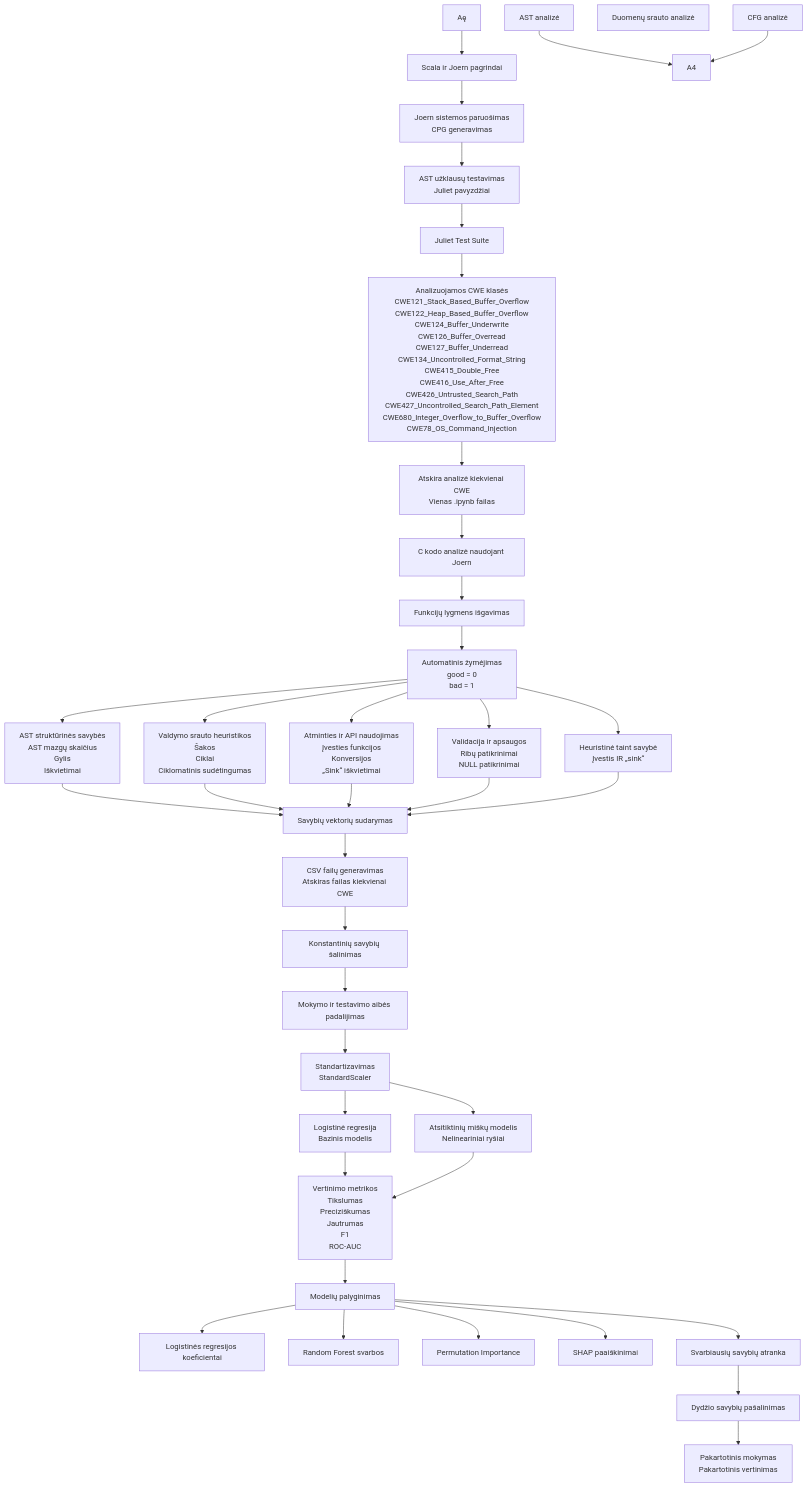
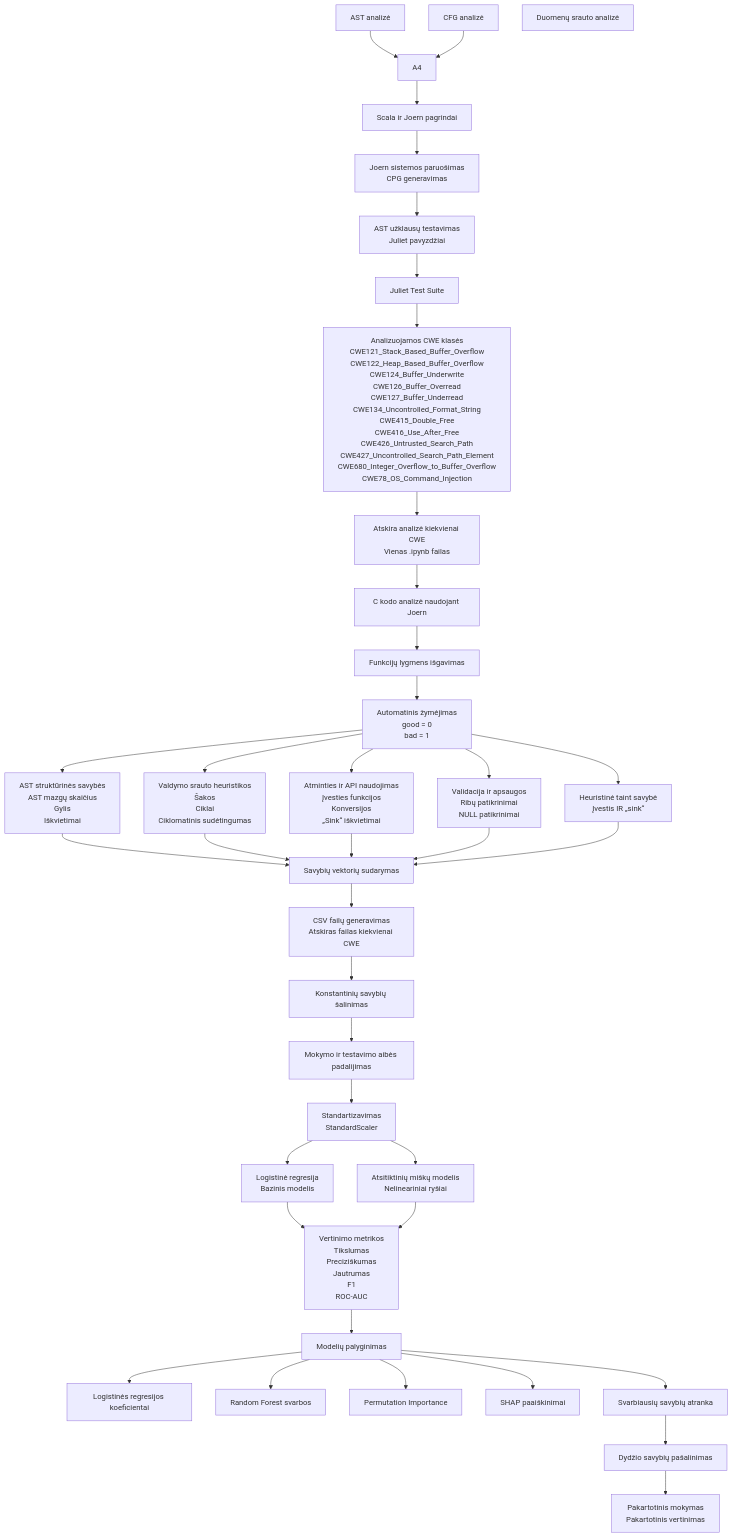
The diagram in mthodology.mermaid (vestinabert/MAGISTRAS), drawn with Mermaid before and after one commit.

Commit message:
Fix arrow connection from A4 to B1

```diff
--- a/mthodology.mermaid
+++ b/mthodology.mermaid
@@ -1,187 +1,187 @@
 flowchart TB
 
 %% =====================================================
 %% 1 FAZĖ – TEORIJA IR PASIRENGIMAS
 %% =====================================================
 A1[AST analizė]
 
 A2[CFG analizė]
 
 A3[Duomenų srauto analizė]
 
 %% =====================================================
 %% 2 FAZĖ – ĮRANKIAI IR APLINKA
 %% =====================================================
 B1[Scala ir Joern pagrindai]
 
 B2[Joern sistemos paruošimas
 CPG generavimas]
 
 B3[AST užklausų testavimas
 Juliet pavyzdžiai]
 
 %% =====================================================
 %% 3 FAZĖ – DUOMENŲ RINKINYS
 %% =====================================================
 C1[Juliet Test Suite]
 
 C2[Analizuojamos CWE klasės
 CWE121_Stack_Based_Buffer_Overflow
 CWE122_Heap_Based_Buffer_Overflow
 CWE124_Buffer_Underwrite
 CWE126_Buffer_Overread
 CWE127_Buffer_Underread
 CWE134_Uncontrolled_Format_String
 CWE415_Double_Free
 CWE416_Use_After_Free
 CWE426_Untrusted_Search_Path
 CWE427_Uncontrolled_Search_Path_Element
 CWE680_Integer_Overflow_to_Buffer_Overflow
 CWE78_OS_Command_Injection]
 
 C3[Atskira analizė kiekvienai CWE
 Vienas .ipynb failas]
 
 %% =====================================================
 %% 4 FAZĖ – KODO ANALIZĖ
 %% =====================================================
 D1[C kodo analizė naudojant Joern]
 
 D2[Funkcijų lygmens išgavimas]
 
 D3[Automatinis žymėjimas
 good = 0
 bad = 1]
 
 %% =====================================================
 %% 5 FAZĖ – SAVYBIŲ IŠGAVIMAS
 %% =====================================================
 E1[AST struktūrinės savybės
 AST mazgų skaičius
 Gylis
 Iškvietimai]
 
 E2[Valdymo srauto heuristikos
 Šakos
 Ciklai
 Ciklomatinis sudėtingumas]
 
 E3[Atminties ir API naudojimas
 Įvesties funkcijos
 Konversijos
 „Sink“ iškvietimai]
 
 E4[Validacija ir apsaugos
 Ribų patikrinimai
 NULL patikrinimai]
 
 E5[Heuristinė taint savybė
 Įvestis IR „sink“]
 
 %% =====================================================
 %% 6 FAZĖ – SAVYBIŲ MATRICA
 %% =====================================================
 F1[Savybių vektorių sudarymas]
 
 F2[CSV failų generavimas
 Atskiras failas kiekvienai CWE]
 
 F3[Konstantinių savybių šalinimas]
 
 F4[Mokymo ir testavimo aibės padalijimas]
 
 F5[Standartizavimas
 StandardScaler]
 
 %% =====================================================
 %% 7 FAZĖ – MAŠININIS MOKYMAS
 %% =====================================================
 G1[Logistinė regresija
 Bazinis modelis]
 
 G2[Atsitiktinių miškų modelis
 Nelineariniai ryšiai]
 
 %% =====================================================
 %% 8 FAZĖ – VERTINIMAS
 %% =====================================================
 H1[Vertinimo metrikos
 Tikslumas
 Preciziškumas
 Jautrumas
 F1
 ROC-AUC]
 
 H2[Modelių palyginimas]
 
 %% =====================================================
 %% 9 FAZĖ – SAVYBIŲ SVARBOS ANALIZĖ
 %% =====================================================
 I1[Logistinės regresijos koeficientai]
 
 I2[Random Forest svarbos]
 
 I3[Permutation Importance]
 
 I4[SHAP paaiškinimai]
 
 %% =====================================================
 %% 10 FAZĖ – ABLACIJOS TYRIMAS
 %% =====================================================
 J1[Svarbiausių savybių atranka]
 
 J2[Dydžio savybių pašalinimas]
 
 J3[Pakartotinis mokymas
 Pakartotinis vertinimas]
 
 %% =====================================================
 %% SRAUTAS
 %% =====================================================
 A1 --> A4
 A2 --> A4
 
-Aę --> B1
+A4 --> B1
 B1 --> B2
 B2 --> B3
 
 B3 --> C1
 C1 --> C2
 C2 --> C3
 
 C3 --> D1
 D1 --> D2
 D2 --> D3
 
 D3 --> E1
 D3 --> E2
 D3 --> E3
 D3 --> E4
 D3 --> E5
 
 E1 --> F1
 E2 --> F1
 E3 --> F1
 E4 --> F1
 E5 --> F1
 
 F1 --> F2
 F2 --> F3
 F3 --> F4
 F4 --> F5
 
 F5 --> G1
 F5 --> G2
 
 G1 --> H1
 G2 --> H1
 H1 --> H2
 
 H2 --> I1
 H2 --> I2
 H2 --> I3
 H2 --> I4
 
 H2 --> J1
 J1 --> J2
 J2 --> J3
```
